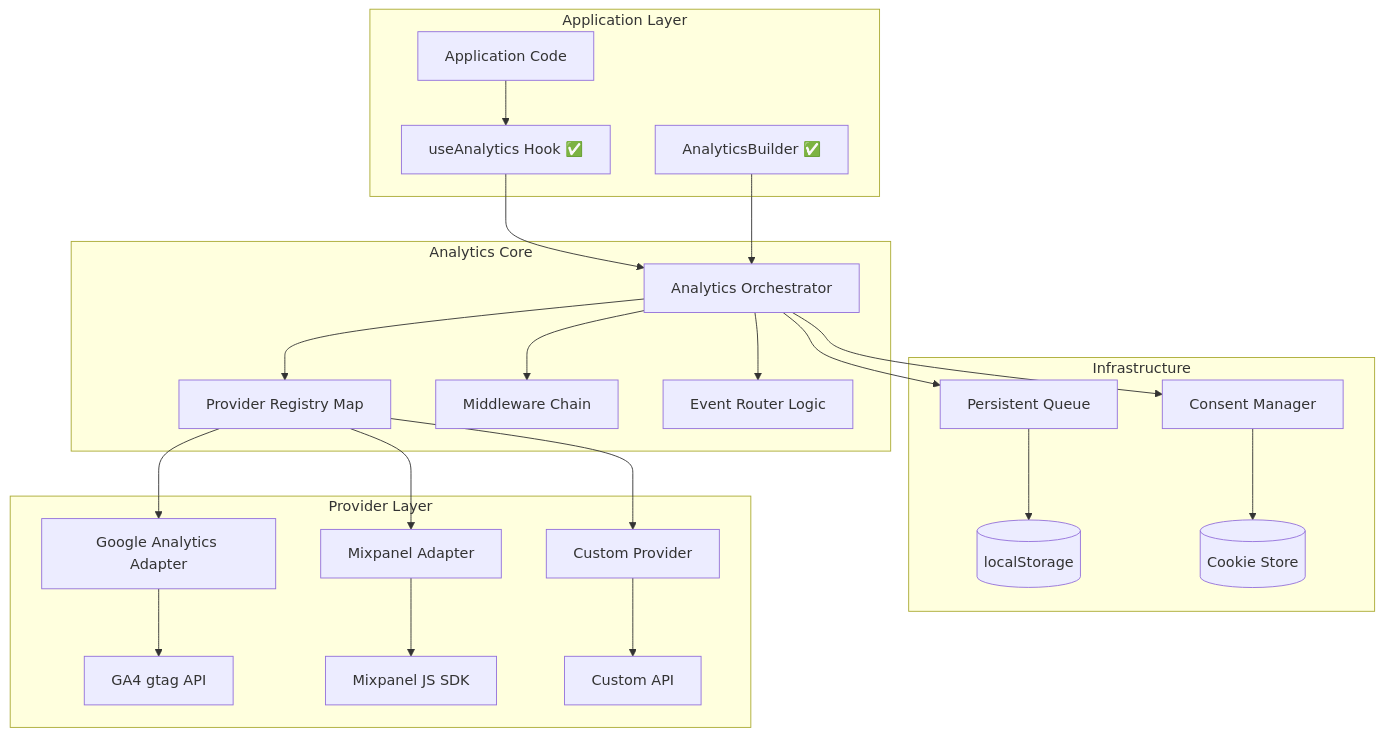
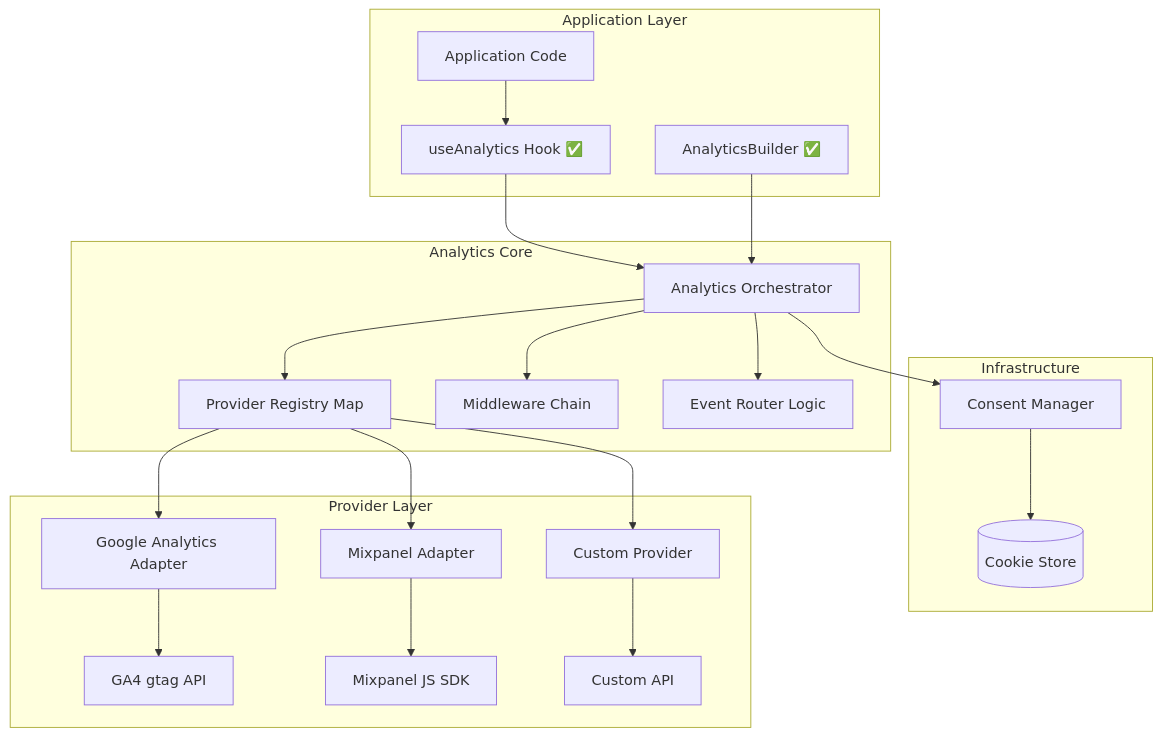
Before and after one commit to safe-global/safe-wallet-monorepo: the first of 9 diagrams in docs/analytics-architecture.md, drawn with Mermaid. The commit also changed other lines of this file and 5 other files, not shown here.

First line of the commit message:
refactor(analytics): Remove queue functionality from analytics core

````diff
--- a/docs/analytics-architecture.md
+++ b/docs/analytics-architecture.md
@@ -11,56 +11,52 @@
 ```mermaid
 graph TB
     subgraph "Application Layer"
         App[Application Code]
         Hook[useAnalytics Hook ✅]
         Builder[AnalyticsBuilder ✅]
     end
 
     subgraph "Analytics Core"
         Analytics[Analytics Orchestrator]
         ProviderMap[Provider Registry Map]
         MiddlewareChain[Middleware Chain]
         Router[Event Router Logic]
     end
 
     subgraph "Infrastructure"
-        Queue[Persistent Queue]
         Consent[Consent Manager]
-        Storage[(localStorage)]
         CookieStore[(Cookie Store)]
     end
 
     subgraph "Provider Layer"
         Provider1[Google Analytics Adapter]
         Provider2[Mixpanel Adapter]
         Provider3[Custom Provider]
         GA4[GA4 gtag API]
         MP[Mixpanel JS SDK]
         CustomAPI[Custom API]
     end
 
     %% Application flow
     App --> Hook
     Hook --> Analytics
     Builder --> Analytics
 
     %% Core orchestration
     Analytics --> ProviderMap
     Analytics --> MiddlewareChain
     Analytics --> Router
-    Analytics --> Queue
     Analytics --> Consent
 
     %% Infrastructure connections
-    Queue --> Storage
     Consent --> CookieStore
 
     %% Provider connections
     ProviderMap --> Provider1
     ProviderMap --> Provider2
     ProviderMap --> Provider3
     Provider1 --> GA4
     Provider2 --> MP
     Provider3 --> CustomAPI
 
 ```
````
